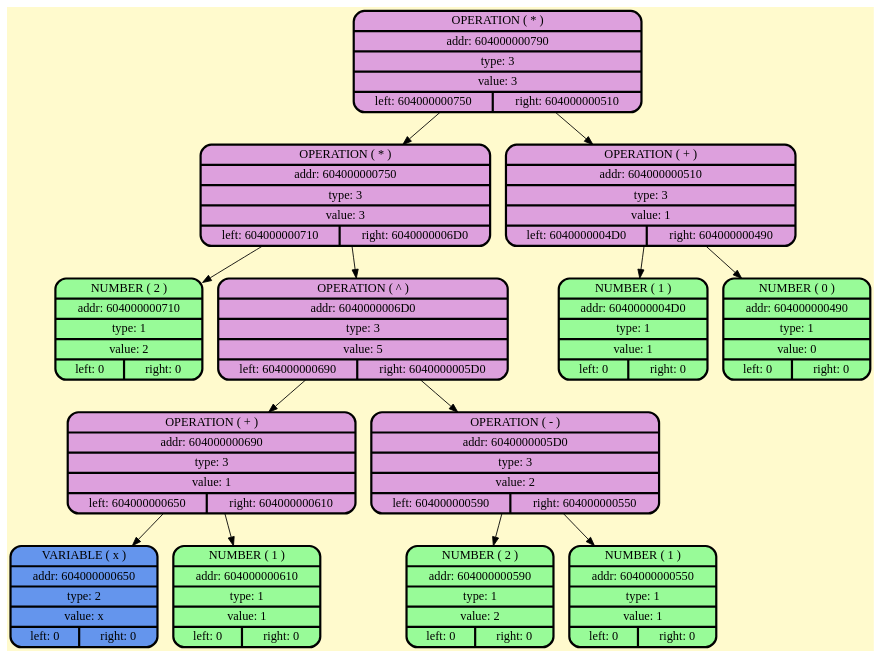
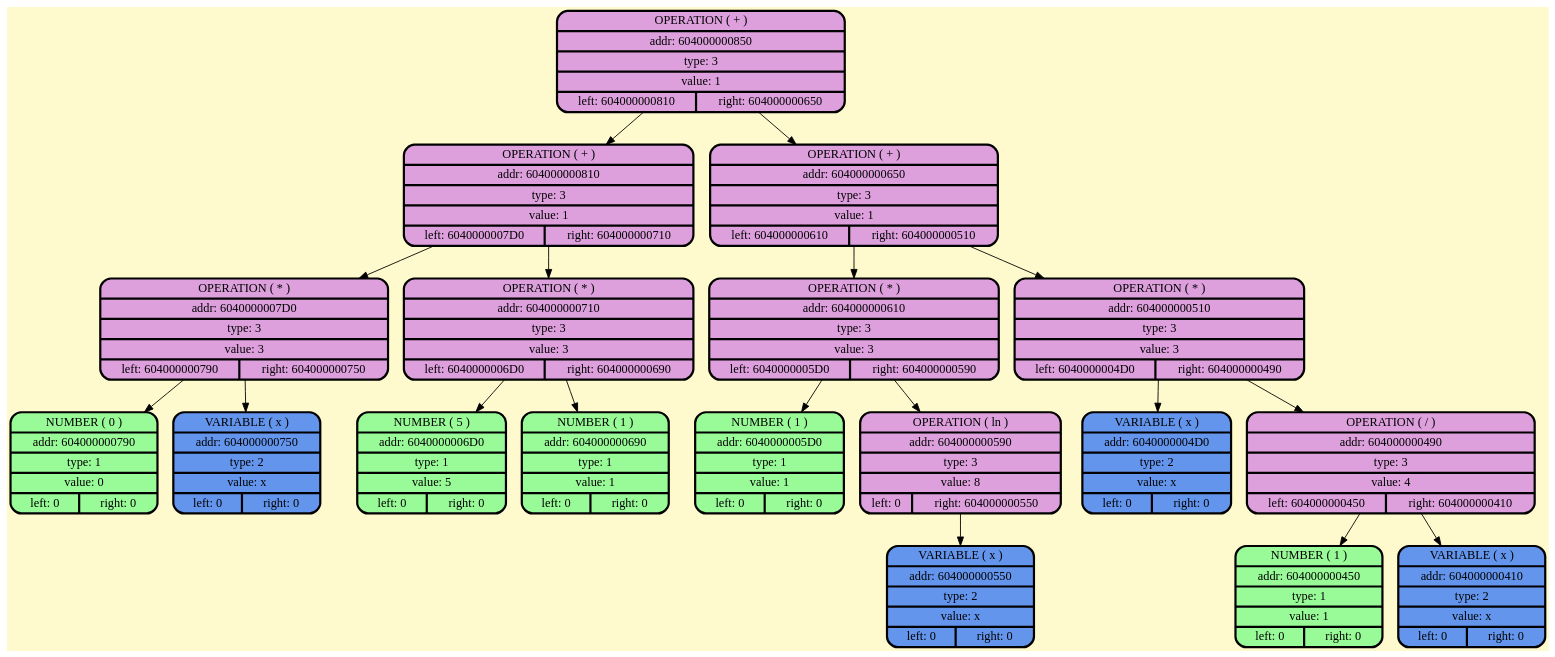
One commit to BulgakovDmitry/differentiator changed the diagram in dumpGraph/deriv.gv. Above: the diagram before and after it, drawn with Graphviz. The commit also changed 18 other files, not shown here.

```diff
--- a/dumpGraph/deriv.gv
+++ b/dumpGraph/deriv.gv
@@ -1,30 +1,40 @@
 digraph G {
     node [style=filled, fontcolor=darkblue, fillcolor=peachpuff, color="#252A34", penwidth=2.5];
     bgcolor="lemonchiffon";
 
-node_0x604000000790 [shape=Mrecord; style = filled; fillcolor=plum; color = "#000000"; fontcolor = "#000000";label=" {OPERATION ( * ) | addr: 604000000790 | type: 3 | value: 3 | {left: 604000000750 | right: 604000000510}} "];
-node_0x604000000750 [shape=Mrecord; style = filled; fillcolor=plum; color = "#000000"; fontcolor = "#000000";label=" {OPERATION ( * ) | addr: 604000000750 | type: 3 | value: 3 | {left: 604000000710 | right: 6040000006D0}} "];
-    node_0x604000000710 [shape=Mrecord; style = filled; fillcolor = palegreen; color = "#000000"; fontcolor = "#000000";  label="  {NUMBER ( 2 )| addr: 604000000710 | type: 1| value: 2 | {left: 0 | right: 0}} "];
-node_0x6040000006d0 [shape=Mrecord; style = filled; fillcolor=plum; color = "#000000"; fontcolor = "#000000";label=" {OPERATION ( ^ ) | addr: 6040000006D0 | type: 3 | value: 5 | {left: 604000000690 | right: 6040000005D0}} "];
-node_0x604000000690 [shape=Mrecord; style = filled; fillcolor=plum; color = "#000000"; fontcolor = "#000000";label=" {OPERATION ( + ) | addr: 604000000690 | type: 3 | value: 1 | {left: 604000000650 | right: 604000000610}} "];
-    node_0x604000000650 [shape=Mrecord; style = filled; fillcolor = cornflowerblue; color = "#000000"; fontcolor = "#000000";  label="  {VARIABLE ( x )| addr: 604000000650 | type: 2| value: x | {left: 0 | right: 0}} "];
-    node_0x604000000610 [shape=Mrecord; style = filled; fillcolor = palegreen; color = "#000000"; fontcolor = "#000000";  label="  {NUMBER ( 1 )| addr: 604000000610 | type: 1| value: 1 | {left: 0 | right: 0}} "];
-node_0x6040000005d0 [shape=Mrecord; style = filled; fillcolor=plum; color = "#000000"; fontcolor = "#000000";label=" {OPERATION ( - ) | addr: 6040000005D0 | type: 3 | value: 2 | {left: 604000000590 | right: 604000000550}} "];
-    node_0x604000000590 [shape=Mrecord; style = filled; fillcolor = palegreen; color = "#000000"; fontcolor = "#000000";  label="  {NUMBER ( 2 )| addr: 604000000590 | type: 1| value: 2 | {left: 0 | right: 0}} "];
-    node_0x604000000550 [shape=Mrecord; style = filled; fillcolor = palegreen; color = "#000000"; fontcolor = "#000000";  label="  {NUMBER ( 1 )| addr: 604000000550 | type: 1| value: 1 | {left: 0 | right: 0}} "];
-node_0x604000000510 [shape=Mrecord; style = filled; fillcolor=plum; color = "#000000"; fontcolor = "#000000";label=" {OPERATION ( + ) | addr: 604000000510 | type: 3 | value: 1 | {left: 6040000004D0 | right: 604000000490}} "];
-    node_0x6040000004d0 [shape=Mrecord; style = filled; fillcolor = palegreen; color = "#000000"; fontcolor = "#000000";  label="  {NUMBER ( 1 )| addr: 6040000004D0 | type: 1| value: 1 | {left: 0 | right: 0}} "];
-    node_0x604000000490 [shape=Mrecord; style = filled; fillcolor = palegreen; color = "#000000"; fontcolor = "#000000";  label="  {NUMBER ( 0 )| addr: 604000000490 | type: 1| value: 0 | {left: 0 | right: 0}} "];
-    node_0x604000000790 -> node_0x604000000750;
-    node_0x604000000750 -> node_0x604000000710;
-    node_0x604000000750 -> node_0x6040000006d0;
-    node_0x6040000006d0 -> node_0x604000000690;
-    node_0x604000000690 -> node_0x604000000650;
-    node_0x604000000690 -> node_0x604000000610;
-    node_0x6040000006d0 -> node_0x6040000005d0;
-    node_0x6040000005d0 -> node_0x604000000590;
-    node_0x6040000005d0 -> node_0x604000000550;
-    node_0x604000000790 -> node_0x604000000510;
+node_0x604000000850 [shape=Mrecord; style = filled; fillcolor=plum; color = "#000000"; fontcolor = "#000000";label=" {OPERATION ( + ) | addr: 604000000850 | type: 3 | value: 1 | {left: 604000000810 | right: 604000000650}} "];
+node_0x604000000810 [shape=Mrecord; style = filled; fillcolor=plum; color = "#000000"; fontcolor = "#000000";label=" {OPERATION ( + ) | addr: 604000000810 | type: 3 | value: 1 | {left: 6040000007D0 | right: 604000000710}} "];
+node_0x6040000007d0 [shape=Mrecord; style = filled; fillcolor=plum; color = "#000000"; fontcolor = "#000000";label=" {OPERATION ( * ) | addr: 6040000007D0 | type: 3 | value: 3 | {left: 604000000790 | right: 604000000750}} "];
+    node_0x604000000790 [shape=Mrecord; style = filled; fillcolor = palegreen; color = "#000000"; fontcolor = "#000000";  label="  {NUMBER ( 0 )| addr: 604000000790 | type: 1| value: 0 | {left: 0 | right: 0}} "];
+    node_0x604000000750 [shape=Mrecord; style = filled; fillcolor = cornflowerblue; color = "#000000"; fontcolor = "#000000";  label="  {VARIABLE ( x )| addr: 604000000750 | type: 2| value: x | {left: 0 | right: 0}} "];
+node_0x604000000710 [shape=Mrecord; style = filled; fillcolor=plum; color = "#000000"; fontcolor = "#000000";label=" {OPERATION ( * ) | addr: 604000000710 | type: 3 | value: 3 | {left: 6040000006D0 | right: 604000000690}} "];
+    node_0x6040000006d0 [shape=Mrecord; style = filled; fillcolor = palegreen; color = "#000000"; fontcolor = "#000000";  label="  {NUMBER ( 5 )| addr: 6040000006D0 | type: 1| value: 5 | {left: 0 | right: 0}} "];
+    node_0x604000000690 [shape=Mrecord; style = filled; fillcolor = palegreen; color = "#000000"; fontcolor = "#000000";  label="  {NUMBER ( 1 )| addr: 604000000690 | type: 1| value: 1 | {left: 0 | right: 0}} "];
+node_0x604000000650 [shape=Mrecord; style = filled; fillcolor=plum; color = "#000000"; fontcolor = "#000000";label=" {OPERATION ( + ) | addr: 604000000650 | type: 3 | value: 1 | {left: 604000000610 | right: 604000000510}} "];
+node_0x604000000610 [shape=Mrecord; style = filled; fillcolor=plum; color = "#000000"; fontcolor = "#000000";label=" {OPERATION ( * ) | addr: 604000000610 | type: 3 | value: 3 | {left: 6040000005D0 | right: 604000000590}} "];
+    node_0x6040000005d0 [shape=Mrecord; style = filled; fillcolor = palegreen; color = "#000000"; fontcolor = "#000000";  label="  {NUMBER ( 1 )| addr: 6040000005D0 | type: 1| value: 1 | {left: 0 | right: 0}} "];
+node_0x604000000590 [shape=Mrecord; style = filled; fillcolor=plum; color = "#000000"; fontcolor = "#000000";label=" {OPERATION ( ln ) | addr: 604000000590 | type: 3 | value: 8 | {left: 0 | right: 604000000550}} "];
+    node_0x604000000550 [shape=Mrecord; style = filled; fillcolor = cornflowerblue; color = "#000000"; fontcolor = "#000000";  label="  {VARIABLE ( x )| addr: 604000000550 | type: 2| value: x | {left: 0 | right: 0}} "];
+node_0x604000000510 [shape=Mrecord; style = filled; fillcolor=plum; color = "#000000"; fontcolor = "#000000";label=" {OPERATION ( * ) | addr: 604000000510 | type: 3 | value: 3 | {left: 6040000004D0 | right: 604000000490}} "];
+    node_0x6040000004d0 [shape=Mrecord; style = filled; fillcolor = cornflowerblue; color = "#000000"; fontcolor = "#000000";  label="  {VARIABLE ( x )| addr: 6040000004D0 | type: 2| value: x | {left: 0 | right: 0}} "];
+node_0x604000000490 [shape=Mrecord; style = filled; fillcolor=plum; color = "#000000"; fontcolor = "#000000";label=" {OPERATION ( / ) | addr: 604000000490 | type: 3 | value: 4 | {left: 604000000450 | right: 604000000410}} "];
+    node_0x604000000450 [shape=Mrecord; style = filled; fillcolor = palegreen; color = "#000000"; fontcolor = "#000000";  label="  {NUMBER ( 1 )| addr: 604000000450 | type: 1| value: 1 | {left: 0 | right: 0}} "];
+    node_0x604000000410 [shape=Mrecord; style = filled; fillcolor = cornflowerblue; color = "#000000"; fontcolor = "#000000";  label="  {VARIABLE ( x )| addr: 604000000410 | type: 2| value: x | {left: 0 | right: 0}} "];
+    node_0x604000000850 -> node_0x604000000810;
+    node_0x604000000810 -> node_0x6040000007d0;
+    node_0x6040000007d0 -> node_0x604000000790;
+    node_0x6040000007d0 -> node_0x604000000750;
+    node_0x604000000810 -> node_0x604000000710;
+    node_0x604000000710 -> node_0x6040000006d0;
+    node_0x604000000710 -> node_0x604000000690;
+    node_0x604000000850 -> node_0x604000000650;
+    node_0x604000000650 -> node_0x604000000610;
+    node_0x604000000610 -> node_0x6040000005d0;
+    node_0x604000000610 -> node_0x604000000590;
+    node_0x604000000590 -> node_0x604000000550;
+    node_0x604000000650 -> node_0x604000000510;
     node_0x604000000510 -> node_0x6040000004d0;
     node_0x604000000510 -> node_0x604000000490;
+    node_0x604000000490 -> node_0x604000000450;
+    node_0x604000000490 -> node_0x604000000410;
 }
```
